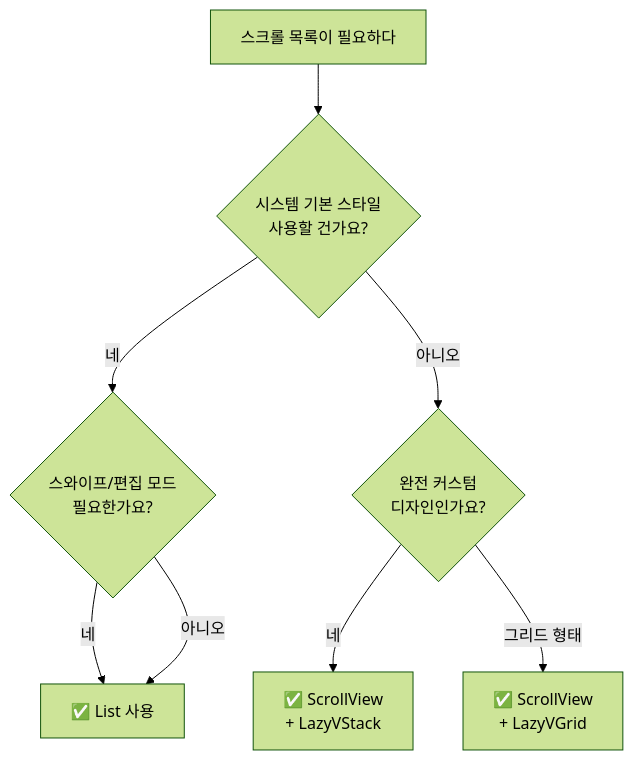
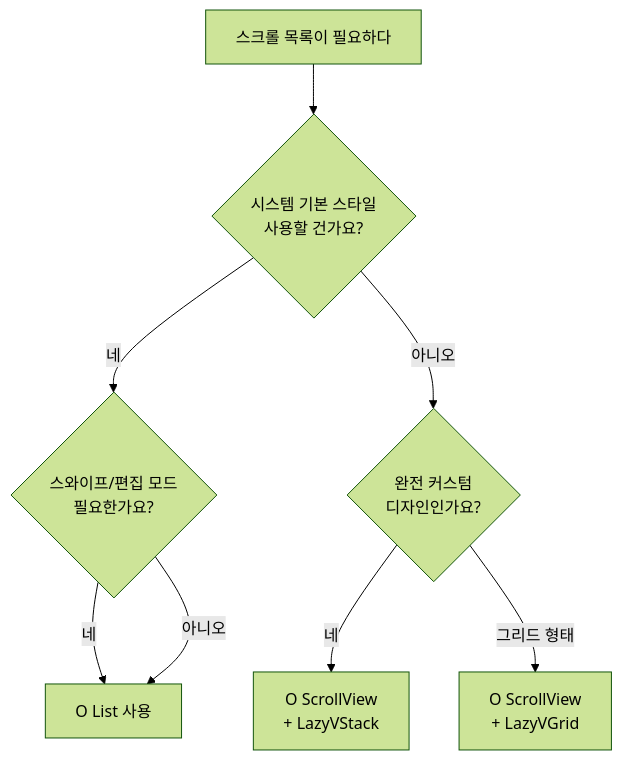
One commit to jsonpassion/forge-tutorial-swift changed the fourth of 4 diagrams in 03-swiftui-start/05-lists-scroll.md. Above: the diagram before and after it, drawn with Mermaid (forest theme). The commit also changed other lines of this file and 69 other files, not shown here.

````diff
--- a/03-swiftui-start/05-lists-scroll.md
+++ b/03-swiftui-start/05-lists-scroll.md
@@ -568,10 +568,10 @@
 ```mermaid
 flowchart TD
-    A["스크롤 목록이 필요하다"] --> B{"시스템 기본 스타일\n사용할 건가요?"}
-    B -->|"네"| C{"스와이프/편집 모드\n필요한가요?"}
-    C -->|"네"| D["✅ List 사용"]
+    A["스크롤 목록이 필요하다"] --> B{"시스템 기본 스타일<br/>사용할 건가요?"}
+    B -->|"네"| C{"스와이프/편집 모드<br/>필요한가요?"}
+    C -->|"네"| D["O List 사용"]
     C -->|"아니오"| D
-    B -->|"아니오"| E{"완전 커스텀\n디자인인가요?"}
-    E -->|"네"| F["✅ ScrollView\n+ LazyVStack"]
-    E -->|"그리드 형태"| G["✅ ScrollView\n+ LazyVGrid"]
+    B -->|"아니오"| E{"완전 커스텀<br/>디자인인가요?"}
+    E -->|"네"| F["O ScrollView<br/>+ LazyVStack"]
+    E -->|"그리드 형태"| G["O ScrollView<br/>+ LazyVGrid"]
 ```
````
